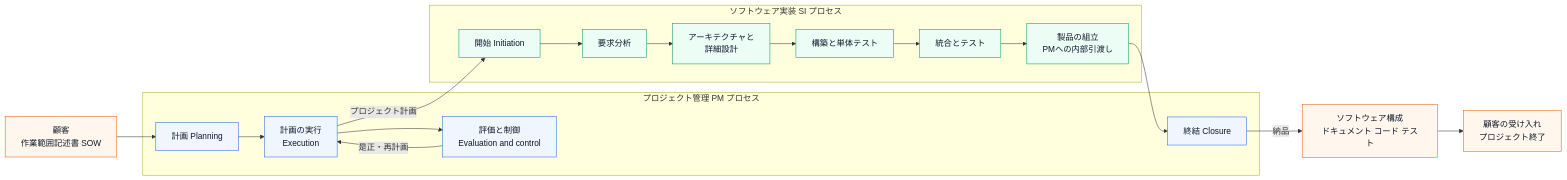
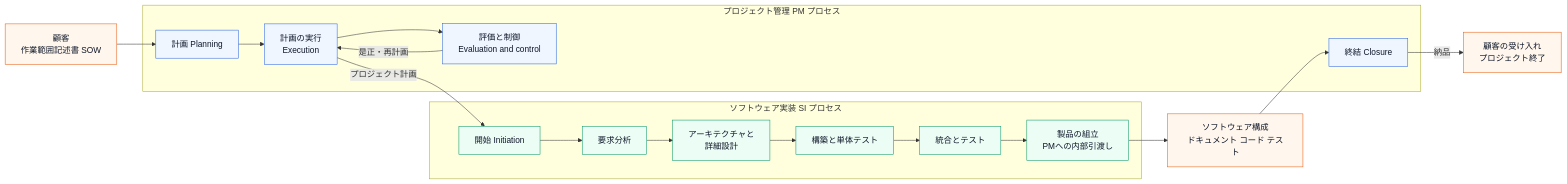
The eighth of 12 diagrams in Iso-iec-29110-1-1-2024-guide.md (myoshi2891/Quality-Assurance-Studies), drawn with Mermaid before and after one commit. The commit also changed other lines of this file and 3 other files, not shown here.

````diff
--- a/Iso-iec-29110-1-1-2024-guide.md
+++ b/Iso-iec-29110-1-1-2024-guide.md
@@ -469,39 +469,39 @@
 ```mermaid
 flowchart LR
     BP0["顧客<br/>作業範囲記述書 SOW"]
     subgraph PMP["プロジェクト管理 PM プロセス"]
         BP1["計画 Planning"]
         BP2["計画の実行<br/>Execution"]
         BP3["評価と制御<br/>Evaluation and control"]
         BP4["終結 Closure"]
     end
     subgraph SIP["ソフトウェア実装 SI プロセス"]
         BP5["開始 Initiation"]
         BP6["要求分析"]
         BP7["アーキテクチャと<br/>詳細設計"]
         BP8["構築と単体テスト"]
         BP9["統合とテスト"]
         BP10["製品の組立<br/>PMへの内部引渡し"]
     end
     BP11["ソフトウェア構成<br/>ドキュメント コード テスト"]
     BP12["顧客の受け入れ<br/>プロジェクト終了"]
     BP0 --> BP1
     BP1 --> BP2
     BP2 -->|"プロジェクト計画"| BP5
     BP2 --> BP3
     BP3 -->|"是正・再計画"| BP2
     BP5 --> BP6
     BP6 --> BP7
     BP7 --> BP8
     BP8 --> BP9
     BP9 --> BP10
-    BP10 --> BP4
-    BP4 -->|"納品"| BP11
-    BP11 --> BP12
+    BP10 --> BP11
+    BP11 --> BP4
+    BP4 -->|"納品"| BP12
     classDef pm fill:#eff6ff,stroke:#2563eb,color:#0f172a
     classDef si fill:#ecfdf5,stroke:#059669,color:#0f172a
     classDef ext fill:#fff7ed,stroke:#ea580c,color:#0f172a
     class BP1,BP2,BP3,BP4 pm
     class BP5,BP6,BP7,BP8,BP9,BP10 si
     class BP0,BP11,BP12 ext
 ```
````
